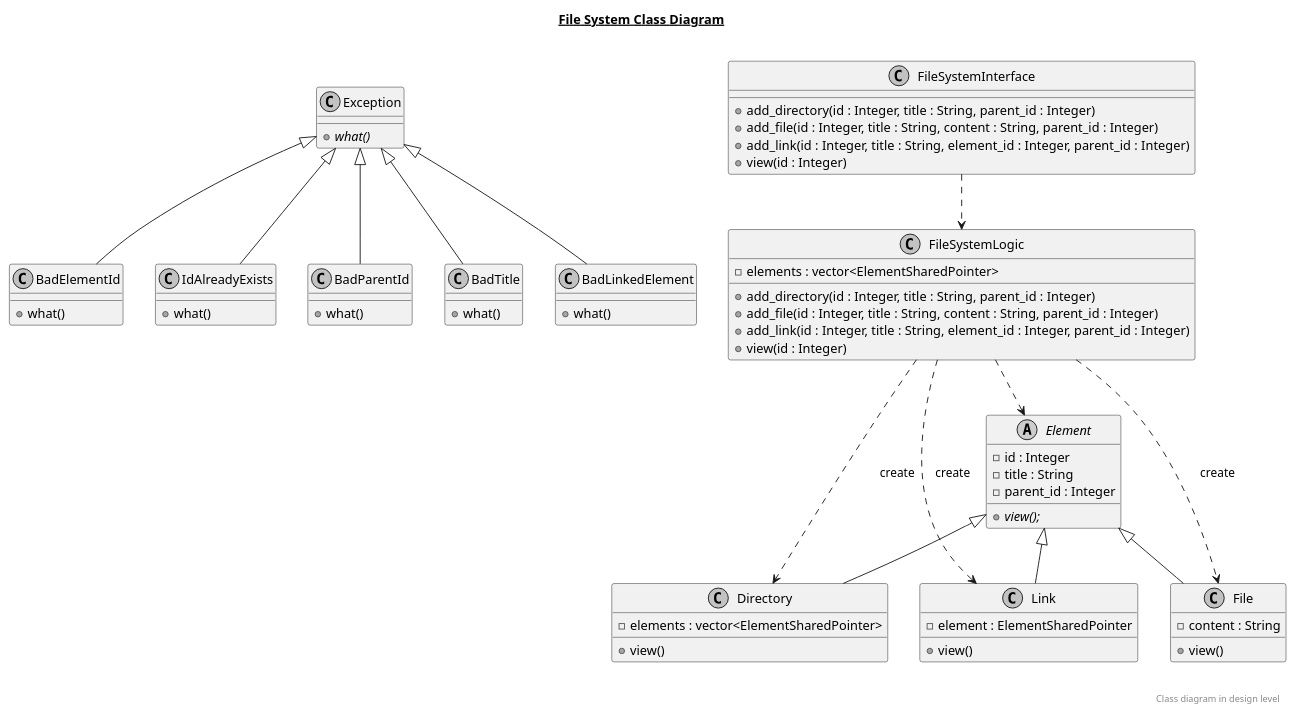
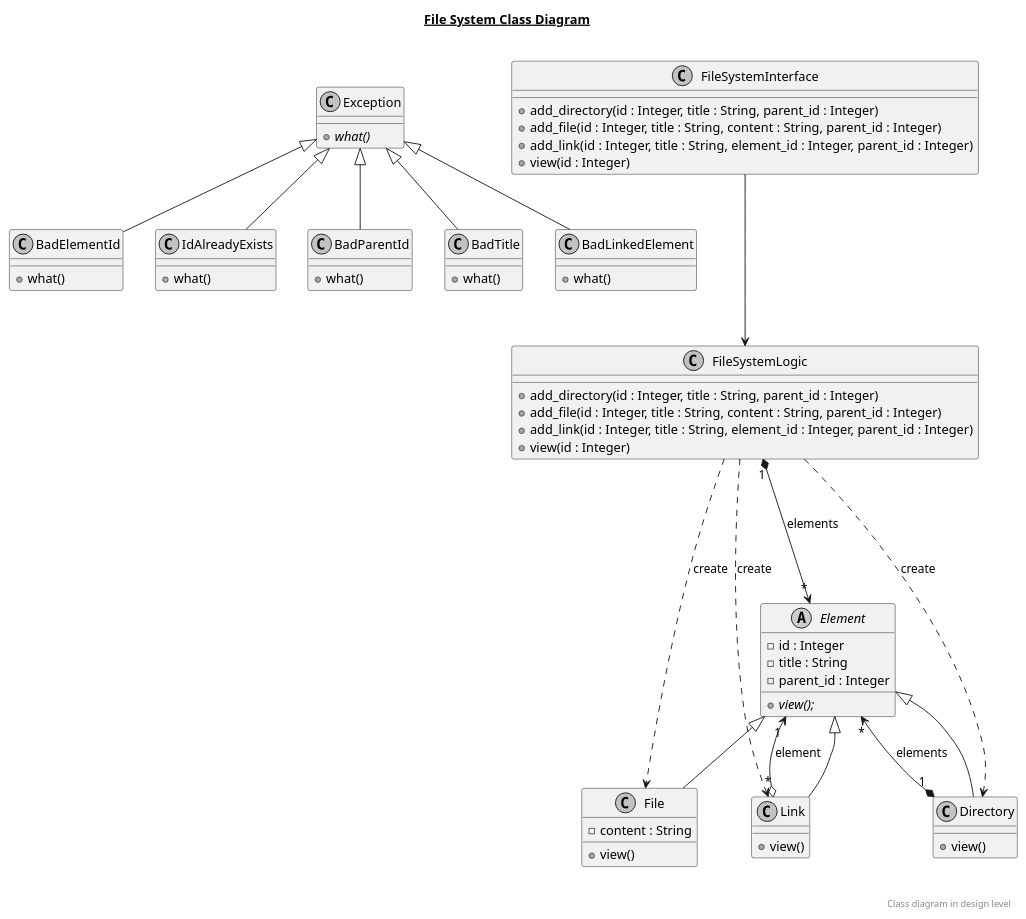
The diagram in Part-2/diagram.puml (Moridi/AP-Spring-98-CA-6-Inheritance), drawn with PlantUML before and after one commit. The commit also changed 3 other files, not shown here.

Commit message:
Edit diagrams part 2, 3

```diff
--- a/Part-2/diagram.puml
+++ b/Part-2/diagram.puml
@@ -1,91 +1,91 @@
 @startuml
 
 skinparam Monochrome true
 
 title __File System Class Diagram__\n
 
 
 class FileSystemInterface {
     + add_directory(id : Integer, title : String, parent_id : Integer)
     + add_file(id : Integer, title : String, content : String, parent_id : Integer)
     + add_link(id : Integer, title : String, element_id : Integer, parent_id : Integer)
     + view(id : Integer)
 }
 
 class FileSystemLogic {
-    - elements : vector<ElementSharedPointer>
     + add_directory(id : Integer, title : String, parent_id : Integer)
     + add_file(id : Integer, title : String, content : String, parent_id : Integer)
     + add_link(id : Integer, title : String, element_id : Integer, parent_id : Integer)
     + view(id : Integer)
 }
 
 abstract class Element {
     - id : Integer
     - title : String
     - parent_id : Integer
     {abstract} + view();
 }
 
 class Directory {
-    - elements : vector<ElementSharedPointer>
     + view()
 }
 
 class File {
     - content : String
     + view()
 }
 
 class Link {
-    - element : ElementSharedPointer
     + view()
 }
 
 class Exception {
     {abstract} + what()
 }
 
 class BadElementId {
     + what()
 }
 
 class IdAlreadyExists {
     + what()
 }
 
 class BadParentId {
     + what()
 }
 
 class BadTitle {
     + what()
 }
 
 class BadLinkedElement {
     + what()
 }
 
-FileSystemInterface ..> FileSystemLogic
-FileSystemLogic ..> Element
+FileSystemInterface ---> FileSystemLogic
 FileSystemLogic ..> Directory: create
 FileSystemLogic ..> File: create
 FileSystemLogic ..> Link: create
 
 Directory -up-|> Element
 File -up-|> Element
 Link -up-|> Element
+
+FileSystemLogic "1" *---> "*" Element: elements
+Directory "1" *-up-> "*" Element: elements
+Link "*" o-up-> "1" Element: element
 
 BadElementId -up-|> Exception
 IdAlreadyExists -up-|> Exception
 BadParentId -up-|> Exception
 BadTitle -up-|> Exception
 BadLinkedElement -up-|> Exception
 
 right footer
 
 
     Class diagram in design level
 endfooter
 
 @enduml
```
